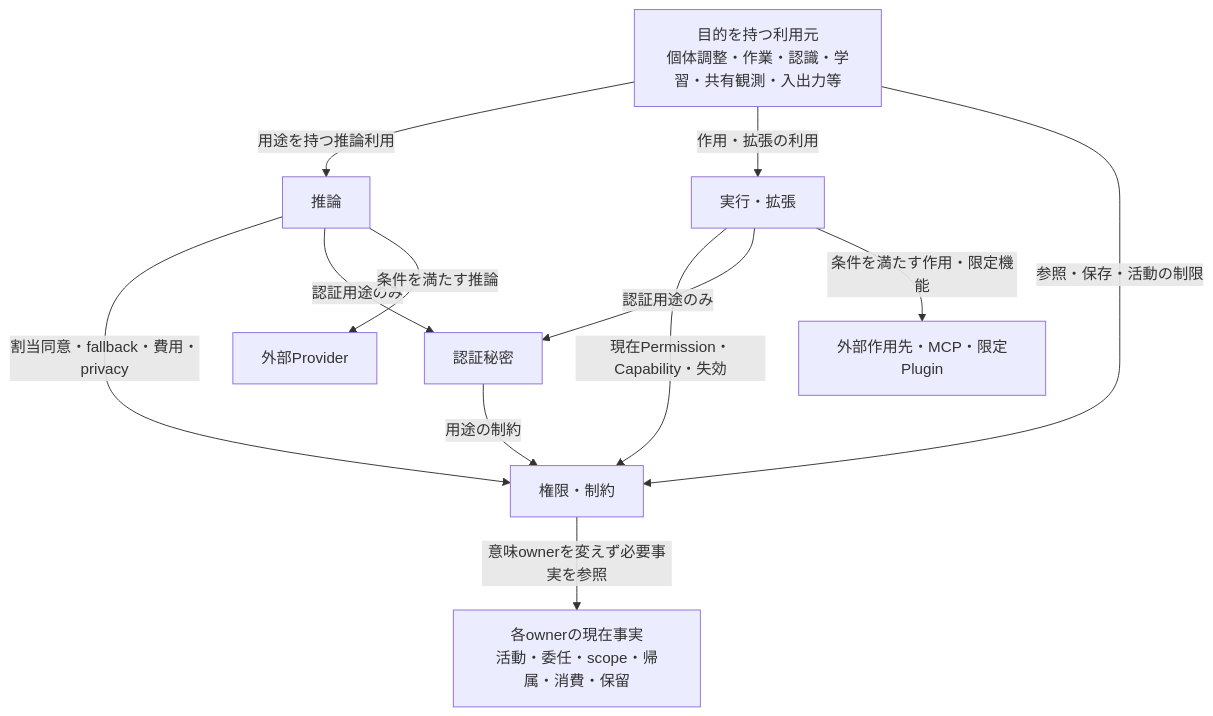
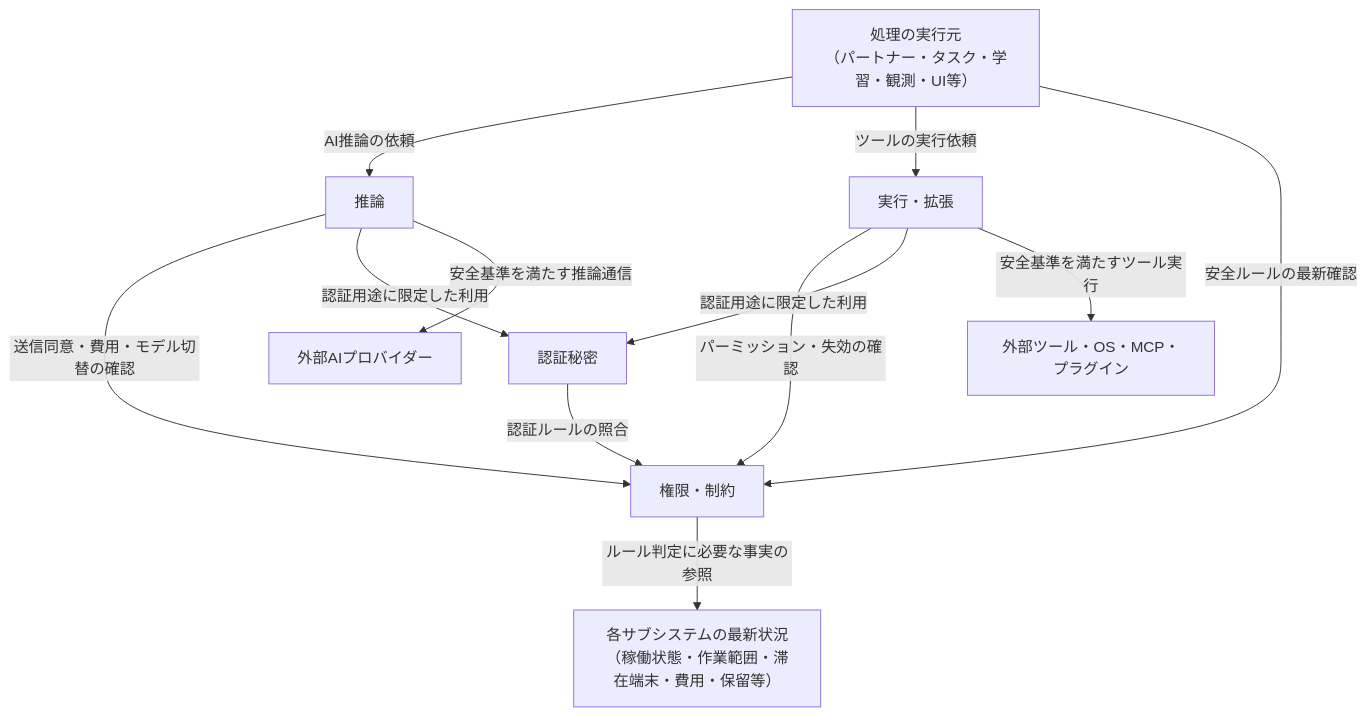
Before and after one commit to pexisgle/ene: the second of 3 diagrams in docs/design/architecture/dependency-rules.md, drawn with Mermaid. The commit also changed other lines of this file and 33 other files, not shown here.

````diff
--- a/docs/design/architecture/dependency-rules.md
+++ b/docs/design/architecture/dependency-rules.md
@@ -366,22 +391,22 @@
 ```mermaid
 flowchart TB
-    domains["目的を持つ利用元<br/>個体調整・作業・認識・学習・共有観測・入出力等"]
+    domains["処理の実行元<br/>（パートナー・タスク・学習・観測・UI等）"]
     inference["推論"]
     execution["実行・拡張"]
     policy["権限・制約"]
-    facts["各ownerの現在事実<br/>活動・委任・scope・帰属・消費・保留"]
+    facts["各サブシステムの最新状況<br/>（稼働状態・作業範囲・滞在端末・費用・保留等）"]
     secret["認証秘密"]
-    provider["外部Provider"]
-    target["外部作用先・MCP・限定Plugin"]
-    domains -->|"用途を持つ推論利用"| inference
-    domains -->|"作用・拡張の利用"| execution
-    domains -->|"参照・保存・活動の制限"| policy
-    inference -->|"割当同意・fallback・費用・privacy"| policy
-    execution -->|"現在Permission・Capability・失効"| policy
-    policy -->|"意味ownerを変えず必要事実を参照"| facts
-    inference -->|"認証用途のみ"| secret
-    execution -->|"認証用途のみ"| secret
-    secret -->|"用途の制約"| policy
-    inference -->|"条件を満たす推論"| provider
-    execution -->|"条件を満たす作用・限定機能"| target
+    provider["外部AIプロバイダー"]
+    target["外部ツール・OS・MCP・プラグイン"]
+    domains -->|"AI推論の依頼"| inference
+    domains -->|"ツールの実行依頼"| execution
+    domains -->|"安全ルールの最新確認"| policy
+    inference -->|"送信同意・費用・モデル切替の確認"| policy
+    execution -->|"パーミッション・失効の確認"| policy
+    policy -->|"ルール判定に必要な事実の参照"| facts
+    inference -->|"認証用途に限定した利用"| secret
+    execution -->|"認証用途に限定した利用"| secret
+    secret -->|"認証ルールの照合"| policy
+    inference -->|"安全基準を満たす推論通信"| provider
+    execution -->|"安全基準を満たすツール実行"| target
 ```
````
